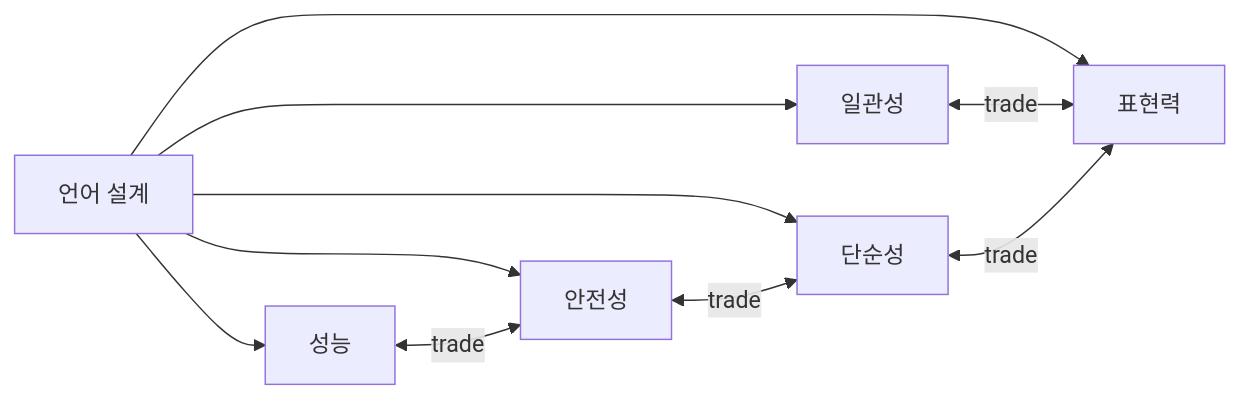
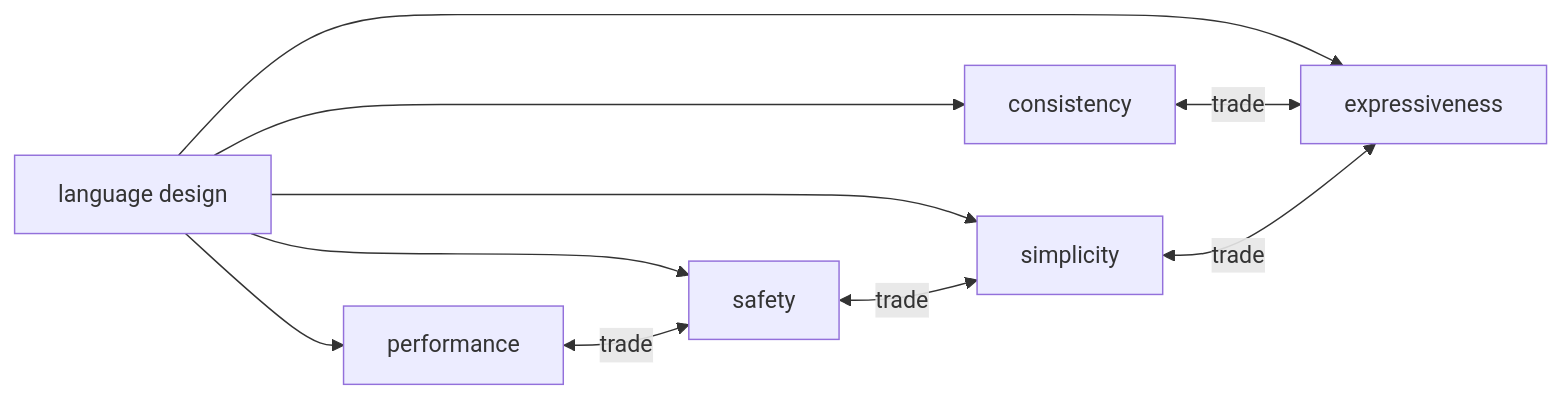
One commit to yeongseon-books/book-content changed the diagram in content/programming-languages-101/ko/10-what-makes-good-language-design.md. Above: the diagram before and after it, drawn with Mermaid. The commit also changed other lines of this file and 9 other files, not shown here.

````diff
--- a/content/programming-languages-101/ko/10-what-makes-good-language-design.md
+++ b/content/programming-languages-101/ko/10-what-makes-good-language-design.md
@@ -36,12 +47,12 @@
 ```mermaid
 flowchart LR
-    A["언어 설계"] --> B["일관성"]
-    A --> C["단순성"]
-    A --> D["표현력"]
-    A --> E["안전성"]
-    A --> F["성능"]
+    A["language design"] --> B["consistency"]
+    A --> C["simplicity"]
+    A --> D["expressiveness"]
+    A --> E["safety"]
+    A --> F["performance"]
     B <-->|trade| D
     C <-->|trade| D
     E <-->|trade| C
     F <-->|trade| E
 ```
````
